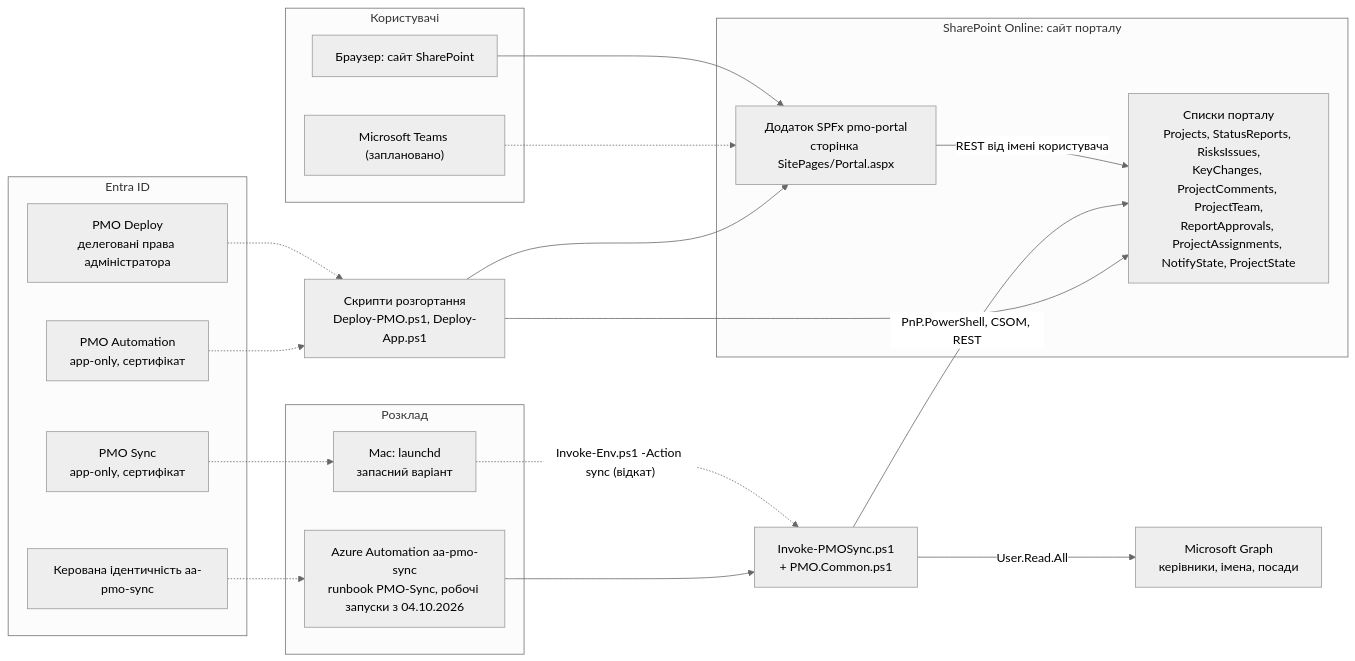
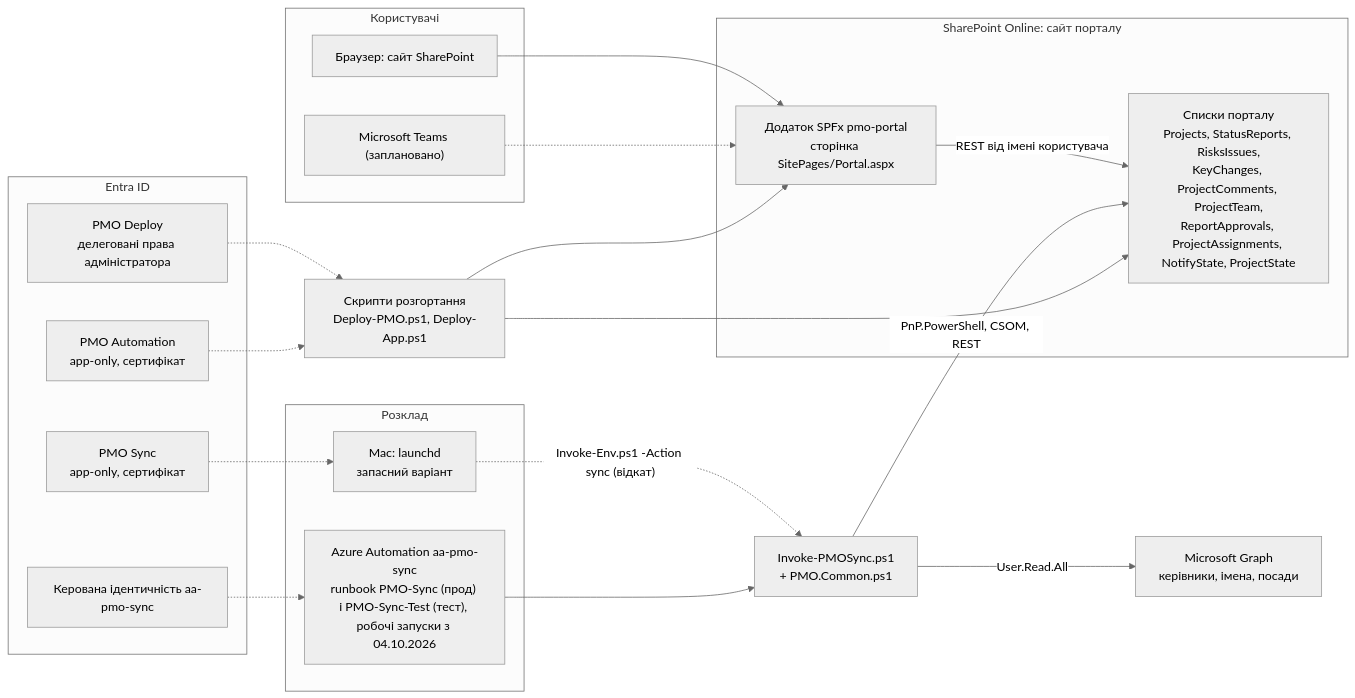
Before and after one commit to Acidsly/pmo-portal: the first of 15 diagrams in docs/ARCHITECTURE.md, drawn with Mermaid (neutral theme). The commit also changed other lines of this file and 24 other files, not shown here.

First line of the commit message:
Работа в команде: отдельный runbook теста, сертификат PMO Dev, правила для Claude в репозитории

````diff
--- a/docs/ARCHITECTURE.md
+++ b/docs/ARCHITECTURE.md
@@ -32,38 +32,38 @@
 ```mermaid
 flowchart LR
     subgraph Users["Користувачі"]
         B["Браузер: сайт SharePoint"]
         TM["Microsoft Teams (заплановано)"]
     end
     subgraph SPO["SharePoint Online: сайт порталу"]
         APP["Додаток SPFx pmo-portal<br/>сторінка SitePages/Portal.aspx"]
         L["Списки порталу<br/>Projects, StatusReports, RisksIssues,<br/>KeyChanges, ProjectComments, ProjectTeam,<br/>ReportApprovals, ProjectAssignments, NotifyState, ProjectState"]
     end
     subgraph Sched["Розклад"]
-        AA["Azure Automation aa-pmo-sync<br/>runbook PMO-Sync, робочі запуски з 04.10.2026"]
+        AA["Azure Automation aa-pmo-sync<br/>runbook PMO-Sync (прод) і PMO-Sync-Test (тест), робочі запуски з 04.10.2026"]
         MAC["Mac: launchd<br/>запасний варіант"]
     end
     SYNC["Invoke-PMOSync.ps1<br/>+ PMO.Common.ps1"]
     GRAPH["Microsoft Graph<br/>керівники, імена, посади"]
     subgraph Entra["Entra ID"]
         E1["PMO Deploy<br/>делеговані права адміністратора"]
         E2["PMO Automation<br/>app-only, сертифікат"]
         E3["PMO Sync<br/>app-only, сертифікат"]
         MI["Керована ідентичність aa-pmo-sync"]
     end
     DEP["Скрипти розгортання<br/>Deploy-PMO.ps1, Deploy-App.ps1"]
 
     B --> APP
     TM -.-> APP
     APP -- "REST від імені користувача" --> L
     MAC -. "Invoke-Env.ps1 -Action sync (відкат)" .-> SYNC
     AA --> SYNC
     SYNC -- "PnP.PowerShell, CSOM, REST" --> L
     SYNC -- "User.Read.All" --> GRAPH
     DEP --> L
     DEP --> APP
     E1 -.-> DEP
     E2 -.-> DEP
     E3 -.-> MAC
     MI -.-> AA
 ```
````
